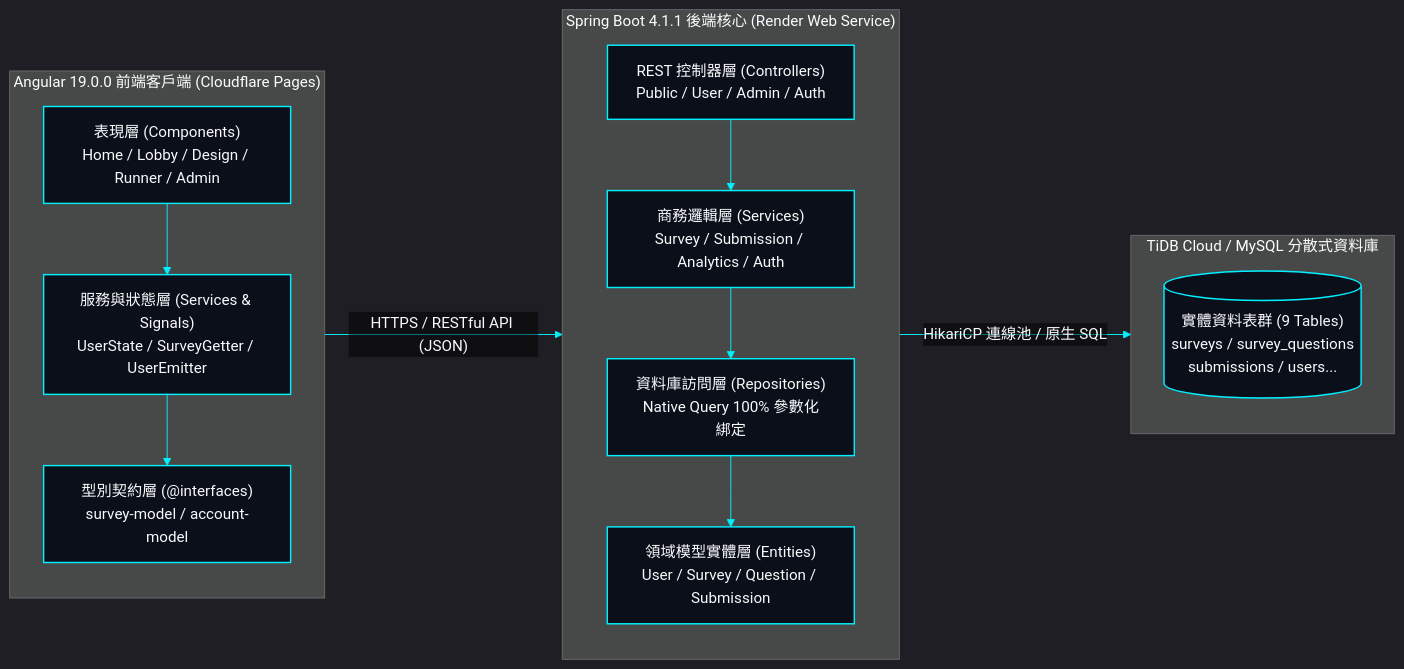
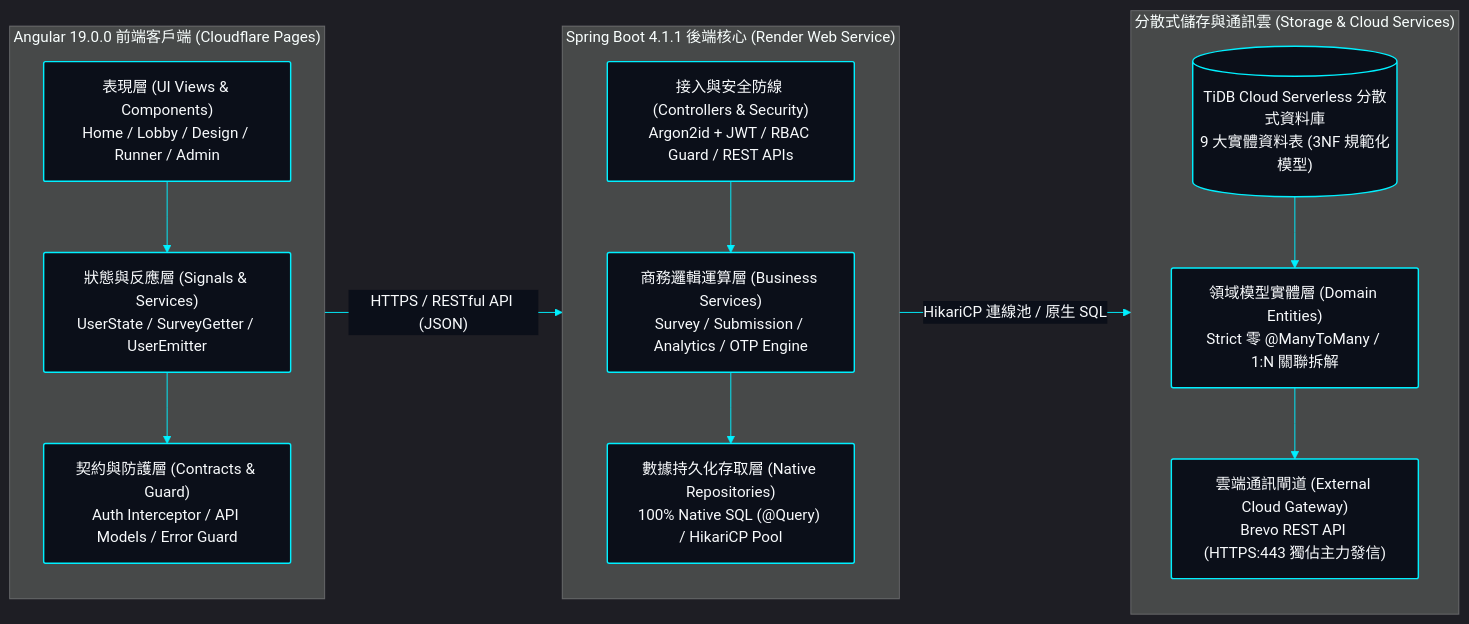
One commit to EricXJason/survey-flow changed the first of 2 diagrams in README.md. Above: the diagram before and after it, drawn with Mermaid. The commit also changed other lines of this file and 3 other files, not shown here.

Commit message:
chore(release): optimize architecture diagram balance and clean readme specifications

````diff
--- a/README.md
+++ b/README.md
@@ -67,45 +67,47 @@
 ```mermaid
 %%{init: {
   'theme': 'dark',
   'themeVariables': {
     'darkMode': true,
     'background': '#030712',
     'primaryColor': '#0b0f19',
     'primaryTextColor': '#f8fafc',
     'primaryBorderColor': '#00f0ff',
     'lineColor': '#00f0ff',
     'textColor': '#f8fafc',
-    'edgeLabelBackground': 'transparent',
+    'edgeLabelBackground': '#0b0f19',
     'tertiaryColor': '#0b0f19'
   },
-  'themeCSS': '.edgeLabel, .edgeLabel rect, .edgeLabel span, .labelBkg { background: transparent !important; background-color: transparent !important; fill: transparent !important; border: none !important; } .edgeLabel, .edgeLabel span { color: #ffffff !important; fill: #ffffff !important; font-weight: 500 !important; } rect, .node rect, rect.actor { rx: 0px !important; ry: 0px !important; }',
+  'themeCSS': '.edgeLabel, .edgeLabel rect, .edgeLabel span, .labelBkg { background: #0b0f19 !important; background-color: #0b0f19 !important; fill: #0b0f19 !important; border: 1px solid #1e293b !important; } .edgeLabel, .edgeLabel span { color: #38bdf8 !important; fill: #38bdf8 !important; font-weight: 600 !important; font-size: 11px !important; } .cluster rect { stroke: #00f0ff !important; stroke-width: 1.5px !important; stroke-dasharray: 4 2 !important; fill: #060a14 !important; rx: 4px !important; ry: 4px !important; } .cluster text, .cluster span.nodeLabel { fill: #00f0ff !important; color: #00f0ff !important; font-weight: 700 !important; font-size: 13px !important; } rect, .node rect, rect.actor { rx: 2px !important; ry: 2px !important; }',
   'flowchart': { 'curve': 'linear' }
 }}%%
 flowchart LR
-    classDef hudCard fill:#0b0f19,stroke:#00f0ff,stroke-width:1.5px,color:#f8fafc,rx:0px,ry:0px;
+    classDef hudCard fill:#0b0f19,stroke:#00f0ff,stroke-width:1.5px,color:#f8fafc,rx:2px,ry:2px;
 
     subgraph FE ["Angular 19.0.0 前端客戶端 (Cloudflare Pages)"]
         direction TB
-        FE_UI["表現層 (Components)<br/>Home / Lobby / Design / Runner / Admin"]:::hudCard
-        FE_STATE["服務與狀態層 (Services & Signals)<br/>UserState / SurveyGetter / UserEmitter"]:::hudCard
-        FE_MODEL["型別契約層 (@interfaces)<br/>survey-model / account-model"]:::hudCard
-        FE_UI --> FE_STATE --> FE_MODEL
+        FE_UI["表現層 (UI Views & Components)<br/>Home / Lobby / Design / Runner / Admin"]:::hudCard
+        FE_STATE["狀態與反應層 (Signals & Services)<br/>UserState / SurveyGetter / UserEmitter"]:::hudCard
+        FE_CONTRACT["契約與防護層 (Contracts & Guard)<br/>Auth Interceptor / API Models / Error Guard"]:::hudCard
+        FE_UI --> FE_STATE --> FE_CONTRACT
     end
 
     subgraph BE ["Spring Boot 4.1.1 後端核心 (Render Web Service)"]
         direction TB
-        BE_CTRL["REST 控制器層 (Controllers)<br/>Public / User / Admin / Auth"]:::hudCard
-        BE_SERV["商務邏輯層 (Services)<br/>Survey / Submission / Analytics / Auth"]:::hudCard
-        BE_REPO["資料庫訪問層 (Repositories)<br/>Native Query 100% 參數化綁定"]:::hudCard
-        BE_ENTITY["領域模型實體層 (Entities)<br/>User / Survey / Question / Submission"]:::hudCard
-        BE_CTRL --> BE_SERV --> BE_REPO --> BE_ENTITY
+        BE_CTRL["接入與安全防線 (Controllers & Security)<br/>Argon2id + JWT / RBAC Guard / REST APIs"]:::hudCard
+        BE_SERV["商務邏輯運算層 (Business Services)<br/>Survey / Submission / Analytics / OTP Engine"]:::hudCard
+        BE_REPO["數據持久化存取層 (Native Repositories)<br/>100% Native SQL (@Query) / HikariCP Pool"]:::hudCard
+        BE_CTRL --> BE_SERV --> BE_REPO
     end
 
-    subgraph DB ["TiDB Cloud / MySQL 分散式資料庫"]
+    subgraph DB ["分散式儲存與通訊雲 (Storage & Cloud Services)"]
         direction TB
-        DB_TABLES[("實體資料表群 (9 Tables)<br/>surveys / survey_questions<br/>submissions / users...")]:::hudCard
+        DB_TABLES[("TiDB Cloud Serverless 分散式資料庫<br/>9 大實體資料表 (3NF 規範化模型)")]:::hudCard
+        DB_ENTITY["領域模型實體層 (Domain Entities)<br/>Strict 零 @ManyToMany / 1:N 關聯拆解"]:::hudCard
+        DB_GATEWAY["雲端通訊閘道 (External Cloud Gateway)<br/>Brevo REST API (HTTPS:443 獨佔主力發信)"]:::hudCard
+        DB_TABLES --> DB_ENTITY --> DB_GATEWAY
     end
 
     FE -->|"HTTPS / RESTful API (JSON)"| BE
     BE -->|"HikariCP 連線池 / 原生 SQL"| DB
 ```
````
